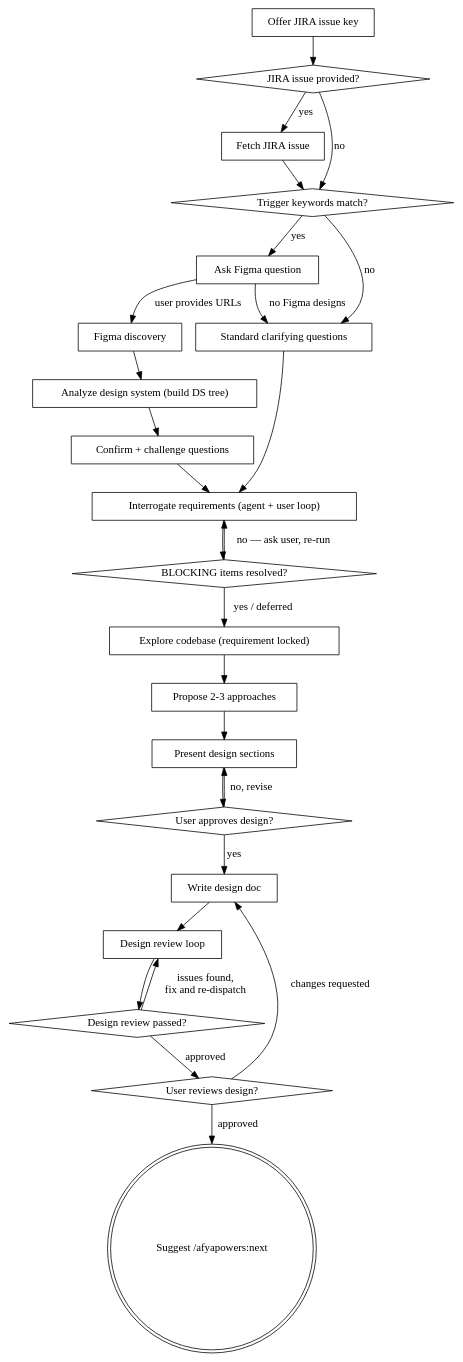
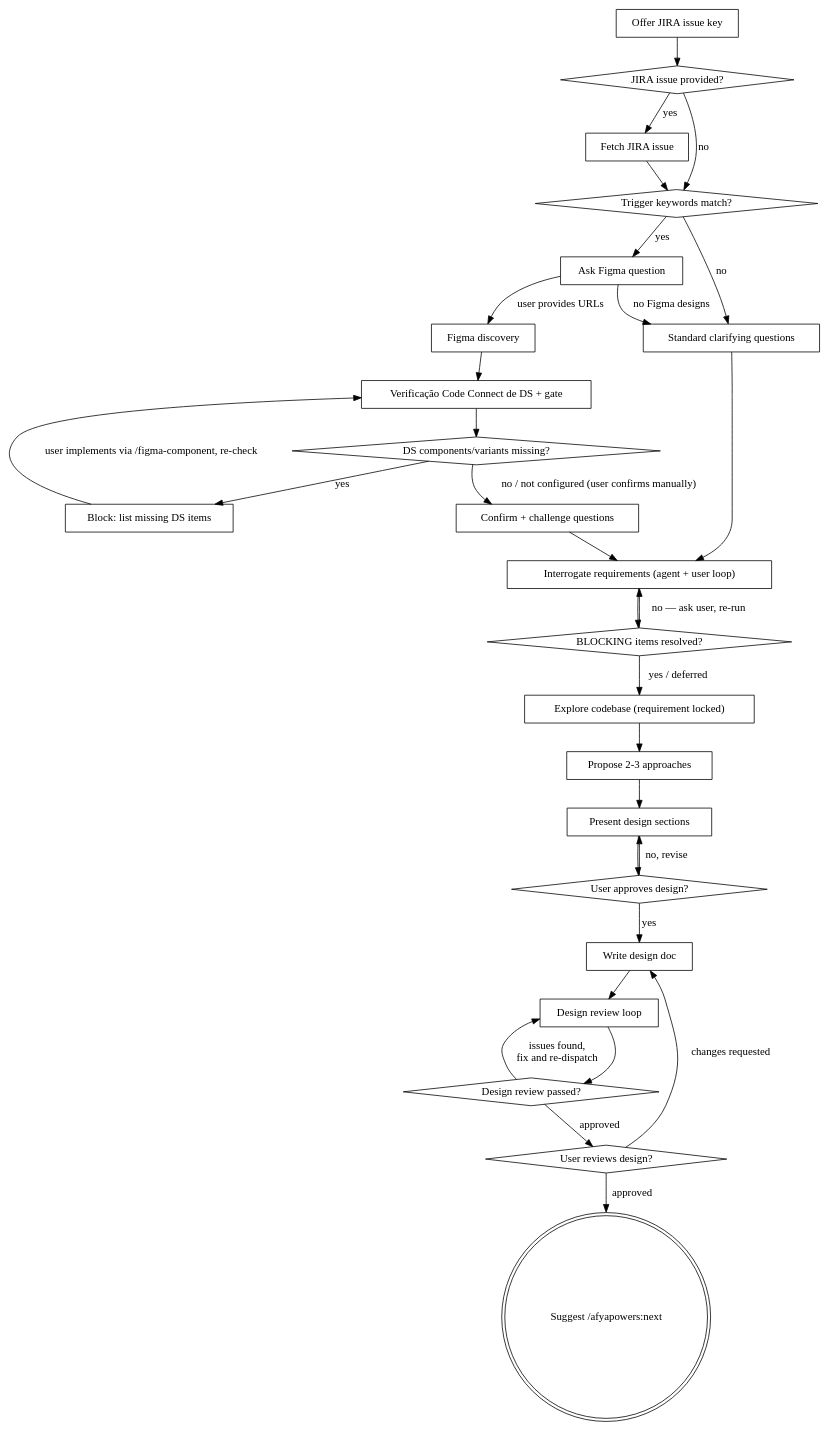
The diagram in src/skills/design/SKILL.md (iclinic/afyapowers), drawn with Graphviz before and after one commit. The commit also changed other lines of this file, not shown here.

Commit message:
refactor: replace DS tree with lean Code Connect check + gate in design phase

````diff
--- a/src/skills/design/SKILL.md
+++ b/src/skills/design/SKILL.md
@@ -63,51 +63,56 @@
 ```dot
 digraph design {
     "Offer JIRA issue key" [shape=box];
     "JIRA issue provided?" [shape=diamond];
     "Fetch JIRA issue" [shape=box];
     "Trigger keywords match?" [shape=diamond];
     "Ask Figma question" [shape=box];
     "Figma discovery" [shape=box];
-    "Analyze design system (build DS tree)" [shape=box];
+    "Verificação Code Connect de DS + gate" [shape=box];
+    "DS components/variants missing?" [shape=diamond];
+    "Block: list missing DS items" [shape=box];
     "Confirm + challenge questions" [shape=box];
     "Standard clarifying questions" [shape=box];
     "Interrogate requirements (agent + user loop)" [shape=box];
     "BLOCKING items resolved?" [shape=diamond];
     "Explore codebase (requirement locked)" [shape=box];
     "Propose 2-3 approaches" [shape=box];
     "Present design sections" [shape=box];
     "User approves design?" [shape=diamond];
     "Write design doc" [shape=box];
     "Design review loop" [shape=box];
     "Design review passed?" [shape=diamond];
     "User reviews design?" [shape=diamond];
     "Suggest /afyapowers:next" [shape=doublecircle];
 
     "Offer JIRA issue key" -> "JIRA issue provided?";
     "JIRA issue provided?" -> "Fetch JIRA issue" [label="yes"];
     "JIRA issue provided?" -> "Trigger keywords match?" [label="no"];
     "Fetch JIRA issue" -> "Trigger keywords match?";
     "Trigger keywords match?" -> "Ask Figma question" [label="yes"];
     "Trigger keywords match?" -> "Standard clarifying questions" [label="no"];
     "Ask Figma question" -> "Figma discovery" [label="user provides URLs"];
     "Ask Figma question" -> "Standard clarifying questions" [label="no Figma designs"];
-    "Figma discovery" -> "Analyze design system (build DS tree)";
-    "Analyze design system (build DS tree)" -> "Confirm + challenge questions";
+    "Figma discovery" -> "Verificação Code Connect de DS + gate";
+    "Verificação Code Connect de DS + gate" -> "DS components/variants missing?";
+    "DS components/variants missing?" -> "Block: list missing DS items" [label="yes"];
+    "Block: list missing DS items" -> "Verificação Code Connect de DS + gate" [label="user implements via /figma-component, re-check"];
+    "DS components/variants missing?" -> "Confirm + challenge questions" [label="no / not configured (user confirms manually)"];
     "Confirm + challenge questions" -> "Interrogate requirements (agent + user loop)";
     "Standard clarifying questions" -> "Interrogate requirements (agent + user loop)";
     "Interrogate requirements (agent + user loop)" -> "BLOCKING items resolved?";
     "BLOCKING items resolved?" -> "Interrogate requirements (agent + user loop)" [label="no — ask user, re-run"];
     "BLOCKING items resolved?" -> "Explore codebase (requirement locked)" [label="yes / deferred"];
     "Explore codebase (requirement locked)" -> "Propose 2-3 approaches";
     "Propose 2-3 approaches" -> "Present design sections";
     "Present design sections" -> "User approves design?";
     "User approves design?" -> "Present design sections" [label="no, revise"];
     "User approves design?" -> "Write design doc" [label="yes"];
     "Write design doc" -> "Design review loop";
     "Design review loop" -> "Design review passed?";
     "Design review passed?" -> "Design review loop" [label="issues found,\nfix and re-dispatch"];
     "Design review passed?" -> "User reviews design?" [label="approved"];
     "User reviews design?" -> "Write design doc" [label="changes requested"];
     "User reviews design?" -> "Suggest /afyapowers:next" [label="approved"];
 }
 ```
````
